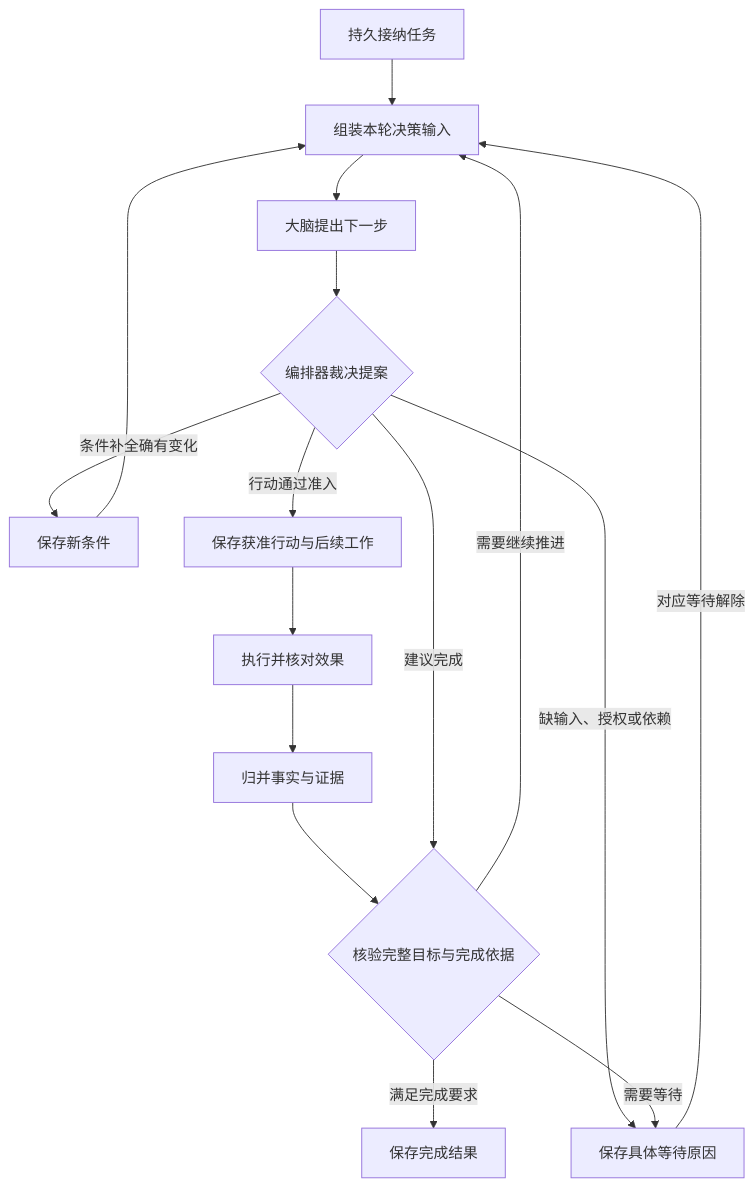
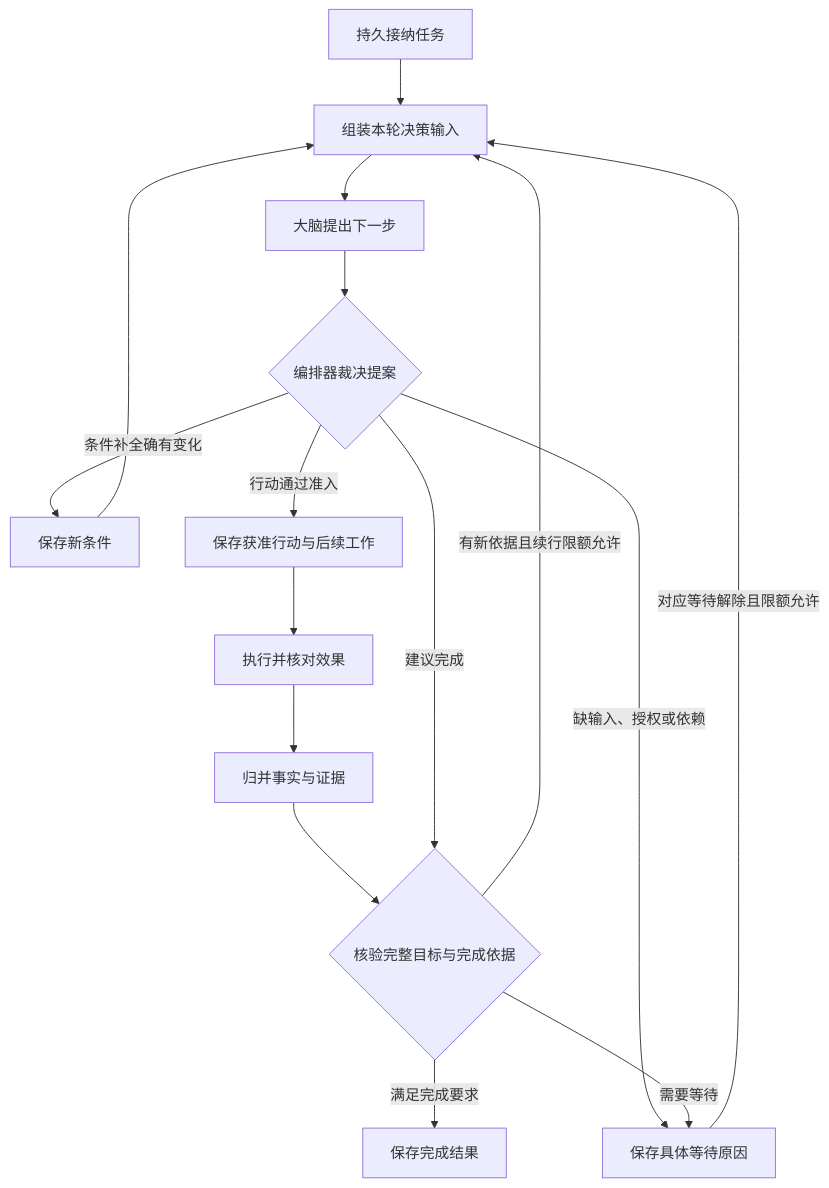
One commit to ruipengliu/lerna changed the second of 4 diagrams in docs/architecture/ochestrator/README.md. Above: the diagram before and after it, drawn with Mermaid. The commit also changed other lines of this file and 82 other files, not shown here.

Commit message:
docs: preserve architecture refresh and simplification spec baseline

````diff
--- a/docs/architecture/ochestrator/README.md
+++ b/docs/architecture/ochestrator/README.md
@@ -41,18 +41,18 @@
 ```mermaid
 flowchart TB
     S["持久接纳任务"] --> C["组装本轮决策输入"]
     C --> B["大脑提出下一步"]
     B --> J{"编排器裁决提案"}
     J -->|"条件补全确有变化"| G["保存新条件"]
     G --> C
     J -->|"行动通过准入"| A["保存获准行动与后续工作"]
     A --> E["执行并核对效果"]
     E --> F["归并事实与证据"]
     F --> V{"核验完整目标与完成依据"}
     J -->|"建议完成"| V
     J -->|"缺输入、授权或依赖"| W["保存具体等待原因"]
     V -->|"满足完成要求"| R["保存完成结果"]
-    V -->|"需要继续推进"| C
+    V -->|"有新依据且续行限额允许"| C
     V -->|"需要等待"| W
-    W -->|"对应等待解除"| C
+    W -->|"对应等待解除且限额允许"| C
 ```
````
